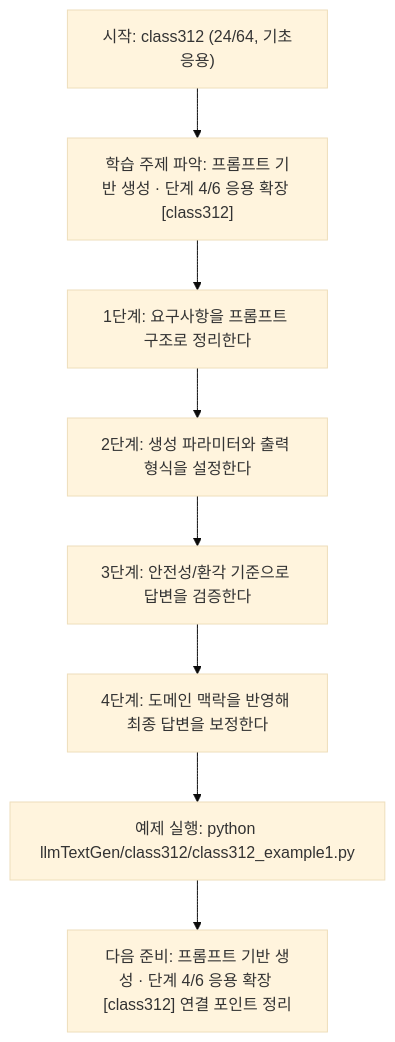
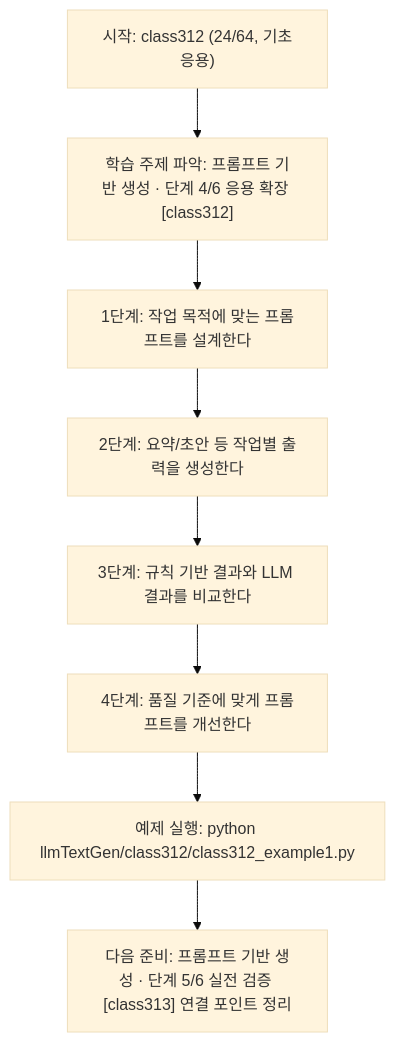
Before and after one commit to edumgt/Python-AI_Agent-Class: the diagram in llmTextGen/class312/class312.md, drawn with Mermaid (base theme). The commit also changed other lines of this file and 451 other files, not shown here.

````diff
--- a/llmTextGen/class312/class312.md
+++ b/llmTextGen/class312/class312.md
@@ -114,18 +95,18 @@
 ```mermaid
 flowchart TD
 N1["시작: class312 (24/64, 기초응용)"]
 N2["학습 주제 파악: 프롬프트 기반 생성 · 단계 4/6 응용 확장 [class312]"]
-N3["1단계: 요구사항을 프롬프트 구조로 정리한다"]
-N4["2단계: 생성 파라미터와 출력 형식을 설정한다"]
-N5["3단계: 안전성/환각 기준으로 답변을 검증한다"]
-N6["4단계: 도메인 맥락을 반영해 최종 답변을 보정한다"]
+N3["1단계: 작업 목적에 맞는 프롬프트를 설계한다"]
+N4["2단계: 요약/초안 등 작업별 출력을 생성한다"]
+N5["3단계: 규칙 기반 결과와 LLM 결과를 비교한다"]
+N6["4단계: 품질 기준에 맞게 프롬프트를 개선한다"]
 N7["예제 실행: python llmTextGen/class312/class312_example1.py"]
-N8["다음 준비: 프롬프트 기반 생성 · 단계 4/6 응용 확장 [class312] 연결 포인트 정리"]
+N8["다음 준비: 프롬프트 기반 생성 · 단계 5/6 실전 검증 [class313] 연결 포인트 정리"]
 N1 --> N2
 N2 --> N3
 N3 --> N4
 N4 --> N5
 N5 --> N6
 N6 --> N7
 N7 --> N8
 ```
````
